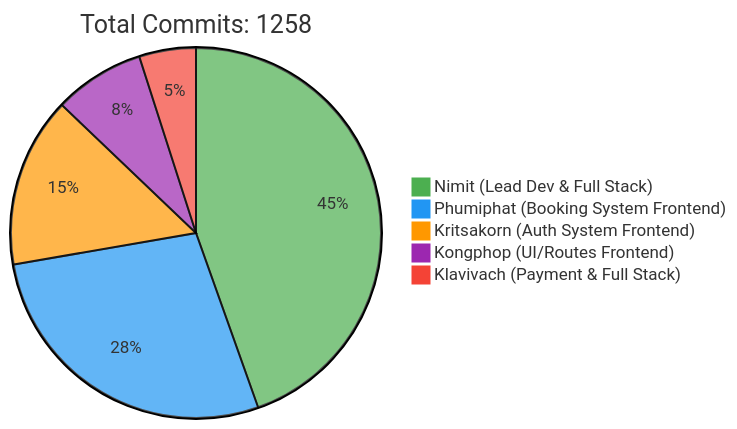
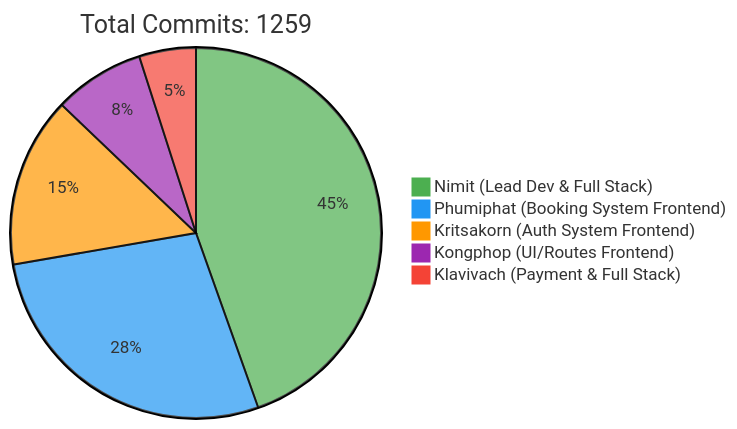
The first of 2 diagrams in README.md (6531503042/Sport-Complex), drawn with Mermaid before and after one commit. The commit also changed other lines of this file, not shown here.

Commit message:
docs: Update contributor statistics [skip ci]

````diff
--- a/README.md
+++ b/README.md
@@ -257,10 +257,10 @@
 ```mermaid
 %%{init: {'theme': 'base', 'themeVariables': { 'pie1': '#4CAF50', 'pie2': '#2196F3', 'pie3': '#FF9800', 'pie4': '#9C27B0', 'pie5': '#F44336'}}}%%
 pie
-    title Total Commits: 1258
+    title Total Commits: 1259
     "Nimit (Lead Dev & Full Stack)" : 450
     "Phumiphat (Booking System Frontend)" : 280
     "Kritsakorn (Auth System Frontend)" : 150
     "Kongphop (UI/Routes Frontend)" : 80
     "Klavivach (Payment & Full Stack)" : 50
 ```
````
